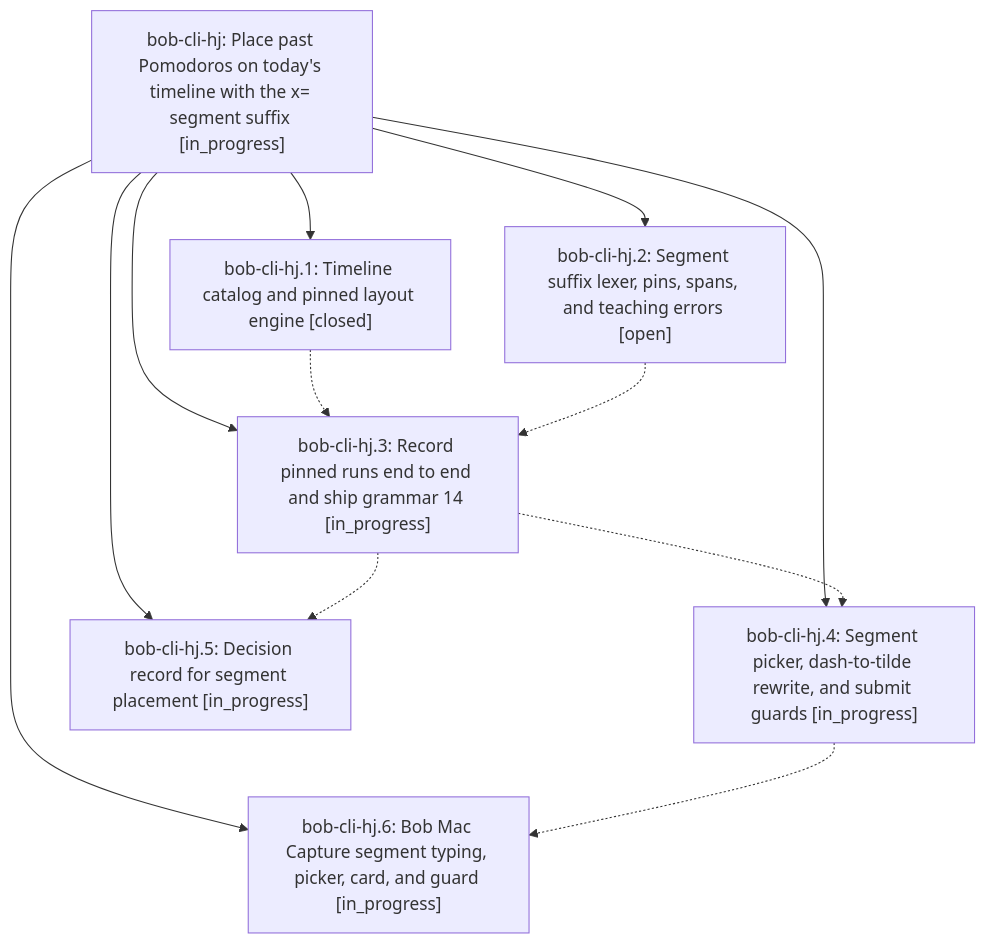
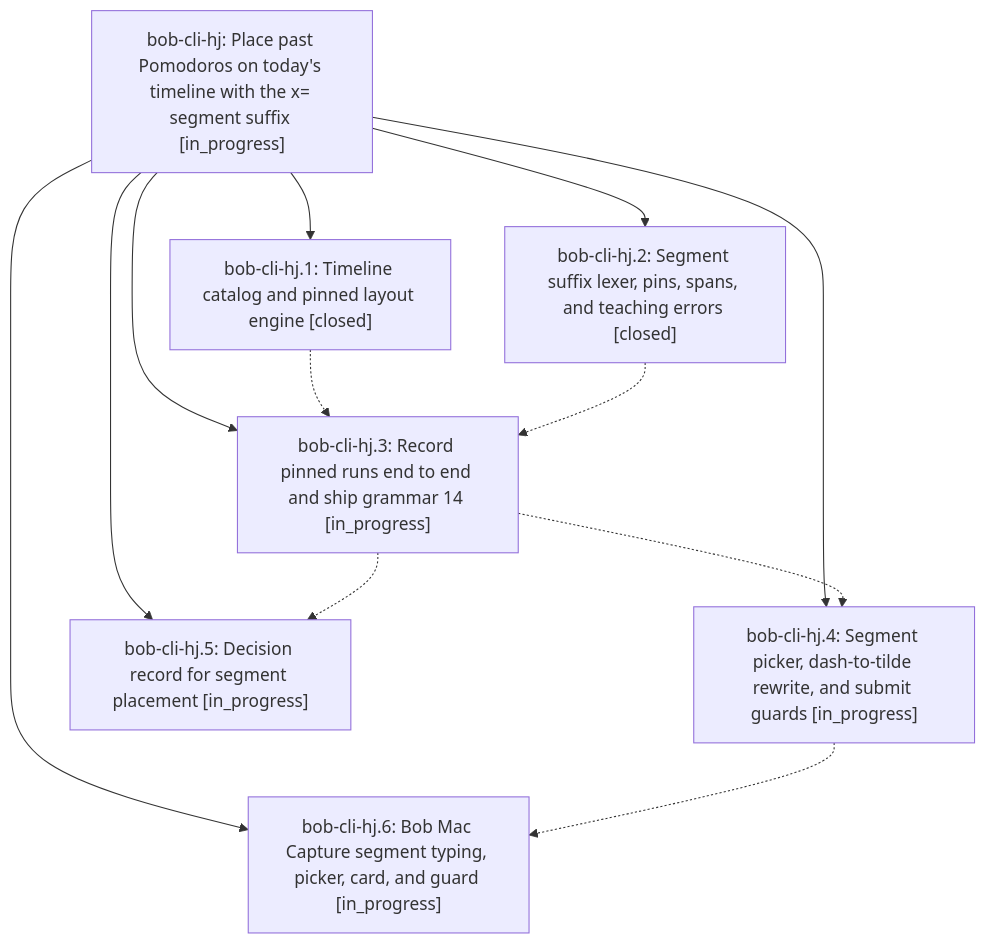
The diagram in pages/bob-cli-hj/README.md (bobs-org/bob-cli--beads), drawn with Mermaid before and after one commit. The commit also changed other lines of this file and 3 other files, not shown here.

First line of the commit message:
chore(beads): sync bead state and pages for bob-cli-hj

````diff
--- a/pages/bob-cli-hj/README.md
+++ b/pages/bob-cli-hj/README.md
@@ -39,21 +39,21 @@
 ```mermaid
 flowchart TD
     n0["bob-cli-hj: Place past Pomodoros on today's timeline with the x= segment suffix [in_progress]"]
     n1["bob-cli-hj.1: Timeline catalog and pinned layout engine [closed]"]
-    n2["bob-cli-hj.2: Segment suffix lexer, pins, spans, and teaching errors [open]"]
+    n2["bob-cli-hj.2: Segment suffix lexer, pins, spans, and teaching errors [closed]"]
     n3["bob-cli-hj.3: Record pinned runs end to end and ship grammar 14 [in_progress]"]
     n4["bob-cli-hj.4: Segment picker, dash-to-tilde rewrite, and submit guards [in_progress]"]
     n5["bob-cli-hj.5: Decision record for segment placement [in_progress]"]
     n6["bob-cli-hj.6: Bob Mac Capture segment typing, picker, card, and guard [in_progress]"]
     n0 --> n1
     n0 --> n2
     n0 --> n3
     n0 --> n4
     n0 --> n5
     n0 --> n6
     n1 -.-> n3
     n2 -.-> n3
     n3 -.-> n4
     n3 -.-> n5
     n4 -.-> n6
 ```
````
